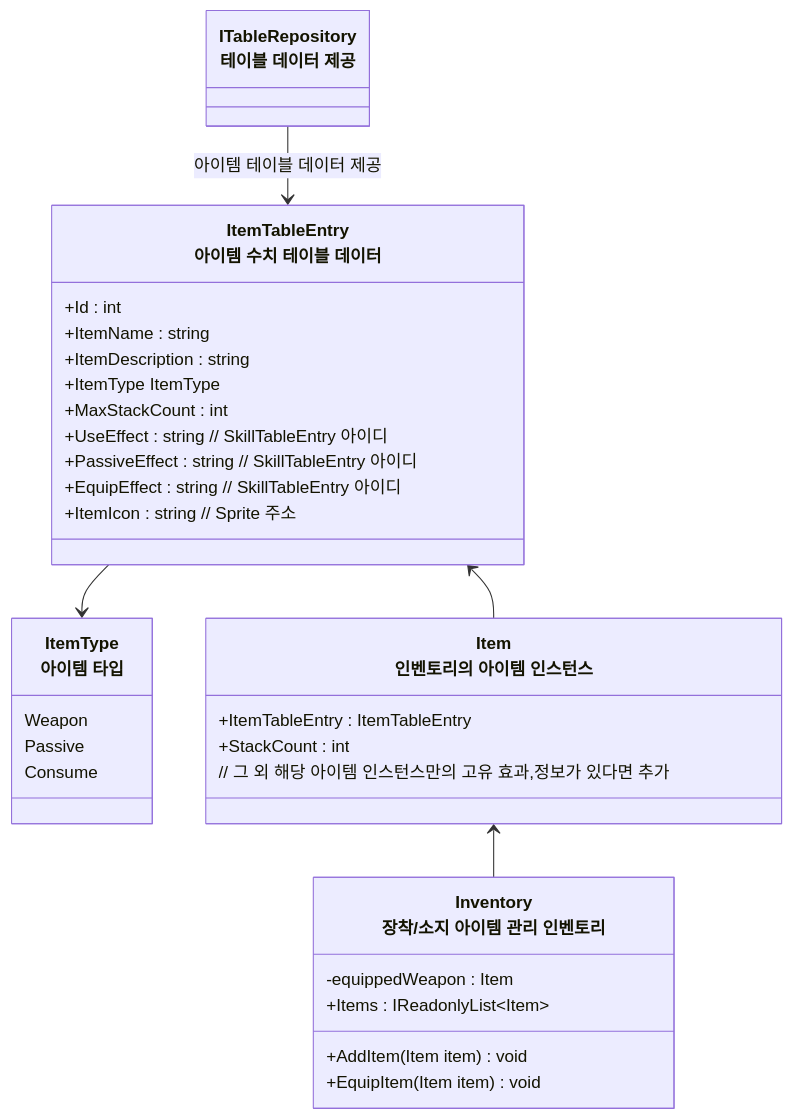
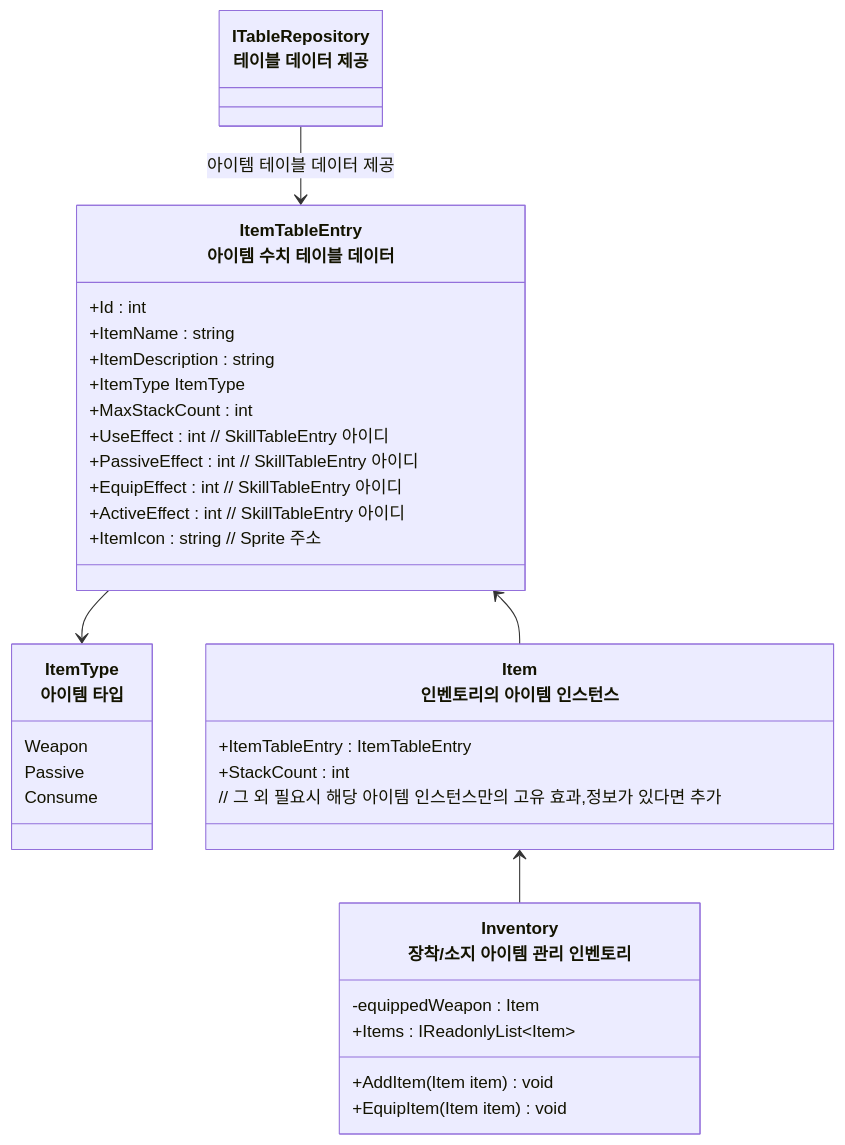
One commit to JIN5EOK/DungeonShooter changed the first of 2 diagrams in README/아이템,인벤토리_설계.md. Above: the diagram before and after it, drawn with Mermaid. The commit also changed other lines of this file, not shown here.

Commit message:
docs: Docs update

````diff
--- a/README/아이템,인벤토리_설계.md
+++ b/README/아이템,인벤토리_설계.md
@@ -27,38 +27,39 @@
 ```mermaid
 classDiagram
 	class ItemType["ItemType<br>아이템 타입"]{
 		Weapon
 		Passive
 		Consume
 	}
     class ItemTableEntry["ItemTableEntry<br>아이템 수치 테이블 데이터"]{
 	    +Id : int
 	    +ItemName : string
         +ItemDescription : string
 	    +ItemType ItemType
 	    +MaxStackCount : int
-	    +UseEffect : string // SkillTableEntry 아이디
-	    +PassiveEffect : string // SkillTableEntry 아이디
-	    +EquipEffect : string // SkillTableEntry 아이디
+	    +UseEffect : int // SkillTableEntry 아이디
+	    +PassiveEffect : int // SkillTableEntry 아이디
+	    +EquipEffect : int // SkillTableEntry 아이디
+        +ActiveEffect : int // SkillTableEntry 아이디
 	    +ItemIcon : string // Sprite 주소
     }
     
 	class Item["Item<br>인벤토리의 아이템 인스턴스"]{
         +ItemTableEntry : ItemTableEntry
         +StackCount : int
-        // 그 외 해당 아이템 인스턴스만의 고유 효과,정보가 있다면 추가
+        // 그 외 필요시 해당 아이템 인스턴스만의 고유 효과,정보가 있다면 추가
     }
 
     class Inventory["Inventory<br>장착/소지 아이템 관리 인벤토리"]{
         -equippedWeapon : Item
         +Items : IReadonlyList~Item~
         +AddItem(Item item) void
         +EquipItem(Item item) void
     }
 	
 	class ITableRepository["ITableRepository<br>테이블 데이터 제공"]
 	ITableRepository --> ItemTableEntry : 아이템 테이블 데이터 제공    
     ItemTableEntry --> ItemType
     ItemTableEntry <-- Item
     Item <-- Inventory
 ```
````
